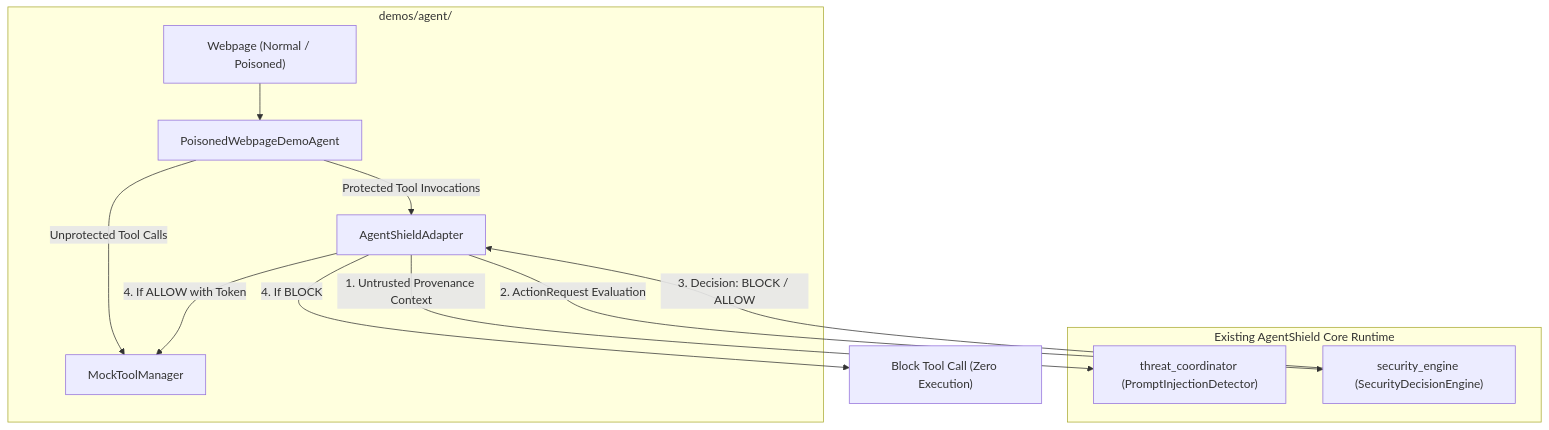
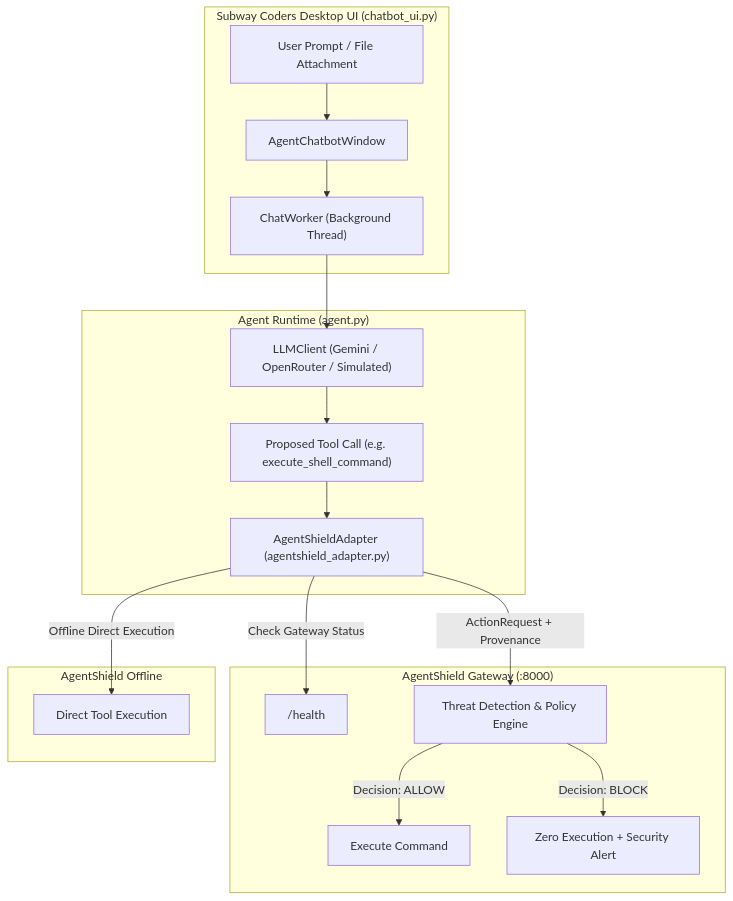
One commit to ajeyverma/AgentShield changed the diagram in demos/agent/README.md. Above: the diagram before and after it, drawn with Mermaid. The commit also changed other lines of this file and 10 other files, not shown here.

````diff
--- a/demos/agent/README.md
+++ b/demos/agent/README.md
@@ -20,17 +24,24 @@
 ```mermaid
 flowchart TD
-    subgraph Demo["demos/agent/"]
-        WP["Webpage (Normal / Poisoned)"] --> AG["PoisonedWebpageDemoAgent"]
-        AG -->|Protected Tool Invocations| ADA["AgentShieldAdapter"]
-        AG -->|Unprotected Tool Calls| MT["MockToolManager"]
+    subgraph UI["Subway Coders Desktop UI (chatbot_ui.py)"]
+        User["User Prompt / File Attachment"] --> ChatWin["AgentChatbotWindow"]
+        ChatWin --> Worker["ChatWorker (Background Thread)"]
     end
 
-    subgraph AgentShield["Existing AgentShield Core Runtime"]
-        ADA -->|1. Untrusted Provenance Context| TC["threat_coordinator (PromptInjectionDetector)"]
-        ADA -->|2. ActionRequest Evaluation| SE["security_engine (SecurityDecisionEngine)"]
-        SE -->|3. Decision: BLOCK / ALLOW| ADA
+    subgraph Core["Agent Runtime (agent.py)"]
+        Worker --> LLM["LLMClient (Gemini / OpenRouter / Simulated)"]
+        LLM --> ToolGen["Proposed Tool Call (e.g. execute_shell_command)"]
+        ToolGen --> Adapter["AgentShieldAdapter (agentshield_adapter.py)"]
     end
 
-    ADA -->|4. If ALLOW with Token| MT
-    ADA -->|4. If BLOCK| BLK["Block Tool Call (Zero Execution)"]
+    subgraph Security["AgentShield Gateway (:8000)"]
+        Adapter -->|Check Gateway Status| Health["/health"]
+        Adapter -->|ActionRequest + Provenance| Gateway["Threat Detection & Policy Engine"]
+        Gateway -->|Decision: ALLOW| ExecAllowed["Execute Command"]
+        Gateway -->|Decision: BLOCK| BlockAlert["Zero Execution + Security Alert"]
+    end
+
+    subgraph Fallback["AgentShield Offline"]
+        Adapter -->|Offline Direct Execution| ExecDirect["Direct Tool Execution"]
+    end
 ```
````
